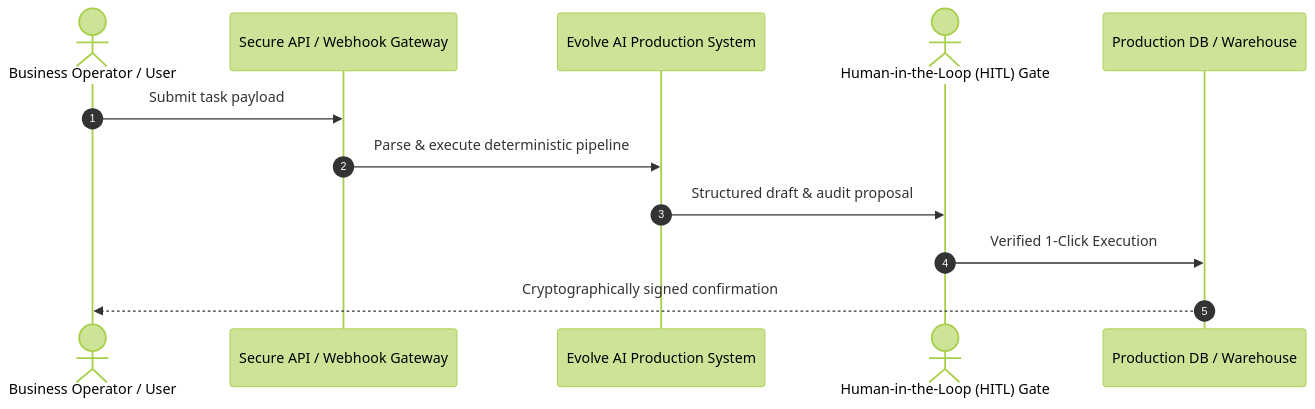
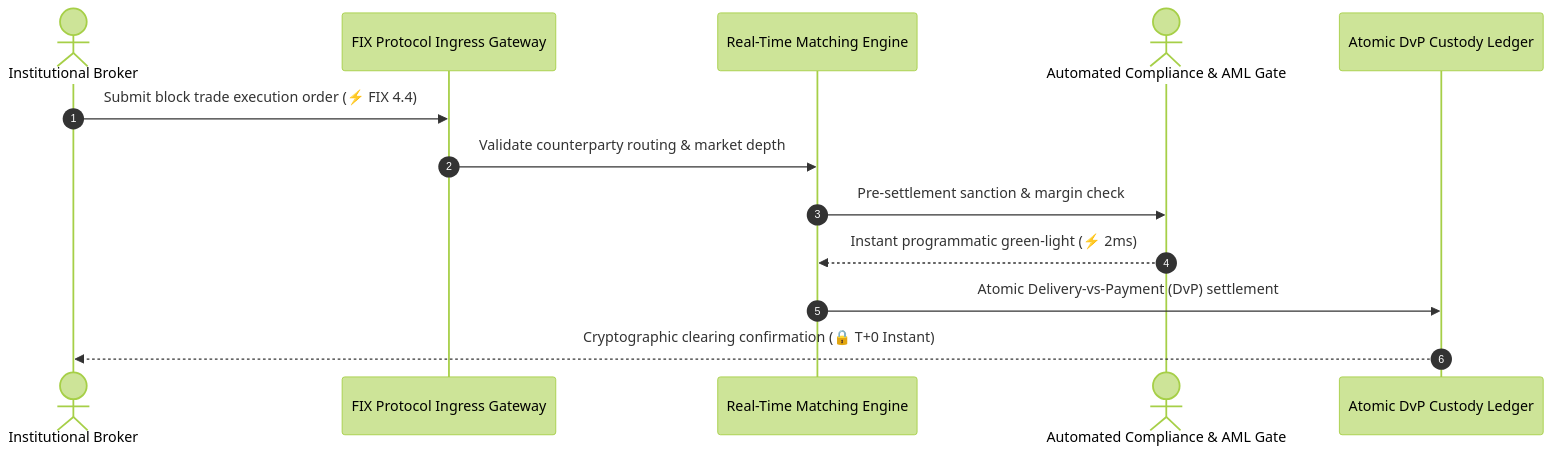
The diagram in docs/WORKFLOW_TOPOLOGY.md (EvolveMinds/codeforge-ai-vscode), drawn with Mermaid (forest theme) before and after one commit. The commit also changed 3 other files, not shown here.

````diff
--- a/docs/WORKFLOW_TOPOLOGY.md
+++ b/docs/WORKFLOW_TOPOLOGY.md
@@ -3,15 +3,15 @@
 ```mermaid
 sequenceDiagram
     autonumber
-    actor Operator as Business Operator / User
-    participant Ingest as Secure API / Webhook Gateway
-    participant Agent as Evolve AI Production System
-    actor Supervisor as Human-in-the-Loop (HITL) Gate
-    participant Target as Production DB / Warehouse
-    
-    Operator->>Ingest: Submit task payload
-    Ingest->>Agent: Parse & execute deterministic pipeline
-    Agent->>Supervisor: Structured draft & audit proposal
-    Supervisor->>Target: Verified 1-Click Execution
-    Target-->>Operator: Cryptographically signed confirmation
+    actor Broker as Institutional Broker
+    participant FIXGw as FIX Protocol Ingress Gateway
+    participant MatchCore as Real-Time Matching Engine
+    actor Compliance as Automated Compliance & AML Gate
+    participant DLTStore as Atomic DvP Custody Ledger
+    Broker->>FIXGw: Submit block trade execution order (⚡ FIX 4.4)
+    FIXGw->>MatchCore: Validate counterparty routing & market depth
+    MatchCore->>Compliance: Pre-settlement sanction & margin check
+    Compliance-->>MatchCore: Instant programmatic green-light (⚡ 2ms)
+    MatchCore->>DLTStore: Atomic Delivery-vs-Payment (DvP) settlement
+    DLTStore-->>Broker: Cryptographic clearing confirmation (🔒 T+0 Instant)
 ```
````
